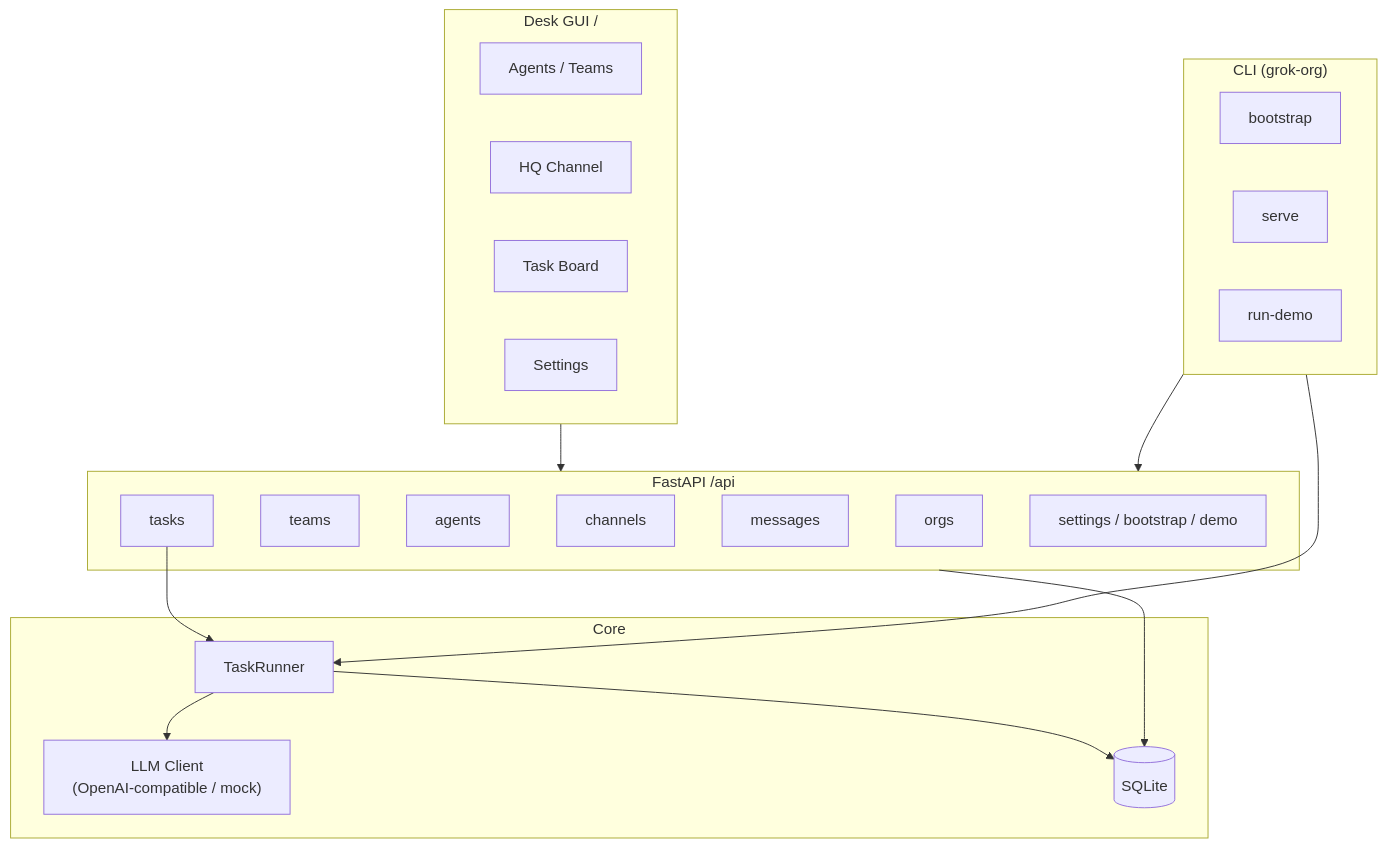
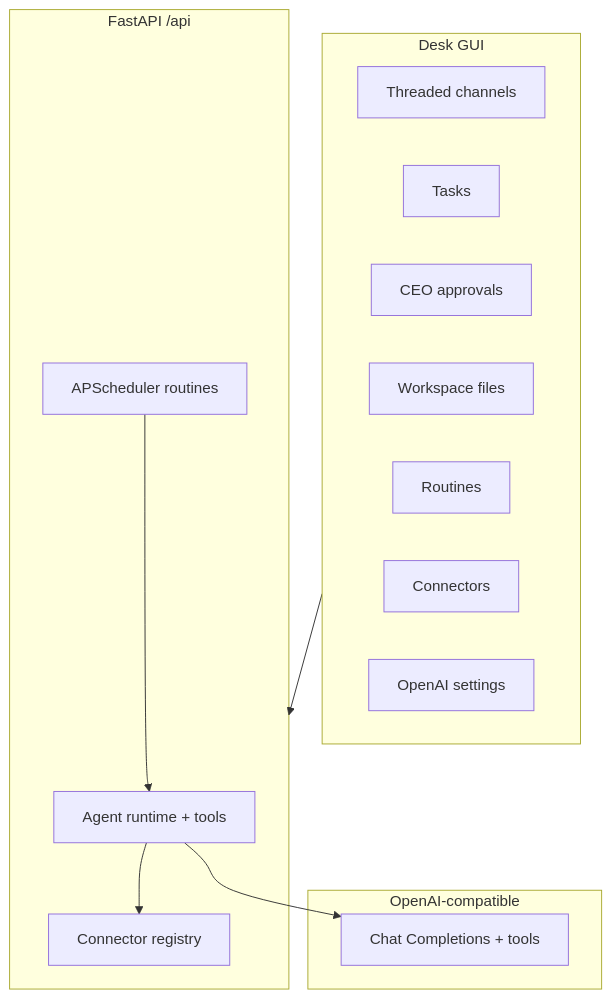
Before and after one commit to agarwal9316-jpg/Grok: the diagram in README.md, drawn with Mermaid. The commit also changed other lines of this file and 50 other files, not shown here.

First line of the commit message:
Grok Org OS v2.0.0 — full power with first-class OpenAI tools

````diff
--- a/README.md
+++ b/README.md
@@ -74,39 +105,27 @@
 ```mermaid
 flowchart TB
-  subgraph UI["Desk GUI /"]
-    sidebar[Agents / Teams]
-    channel[HQ Channel]
-    tasks_ui[Task Board]
-    settings[Settings]
-  end
-
-  subgraph CLI["CLI (grok-org)"]
-    bootstrap
-    serve
-    run_demo["run-demo"]
+  subgraph UI["Desk GUI"]
+    channel[Threaded channels]
+    tasks_ui[Tasks]
+    approvals[CEO approvals]
+    files[Workspace files]
+    routines[Routines]
+    connectors[Connectors]
+    openai[OpenAI settings]
   end
 
   subgraph API["FastAPI /api"]
-    orgs
-    teams
-    agents
-    channels
-    messages
-    tasks
-    system["settings / bootstrap / demo"]
+    runtime[Agent runtime + tools]
+    sched[APScheduler routines]
+    conn[Connector registry]
   end
 
-  subgraph Core["Core"]
-    TaskRunner
-    LLMClient["LLM Client\n(OpenAI-compatible / mock)"]
-    SQLite[(SQLite)]
+  subgraph LLM["OpenAI-compatible"]
+    chat[Chat Completions + tools]
   end
 
   UI --> API
-  CLI --> API
-  CLI --> TaskRunner
-  API --> SQLite
-  TaskRunner --> LLMClient
-  TaskRunner --> SQLite
-  tasks --> TaskRunner
+  runtime --> chat
+  runtime --> conn
+  sched --> runtime
 ```
````
